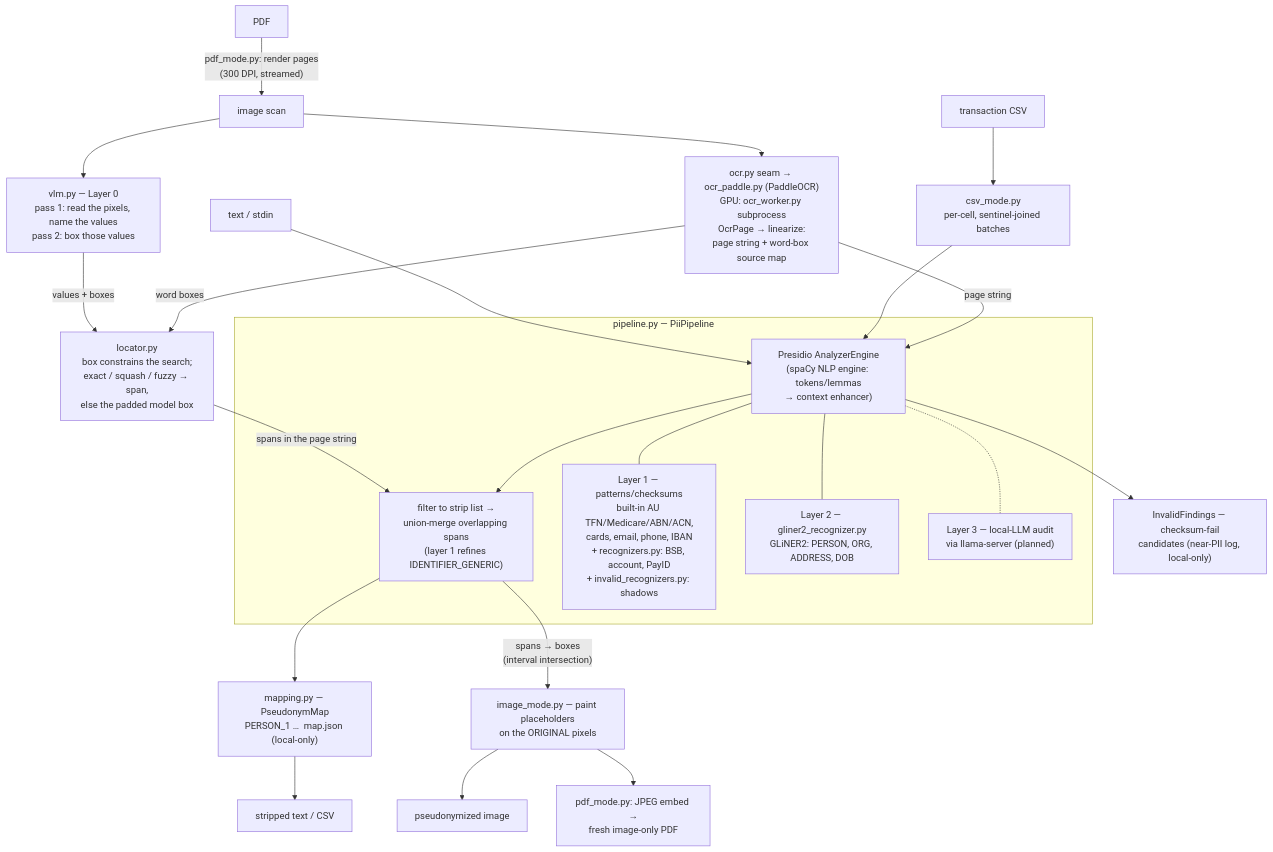
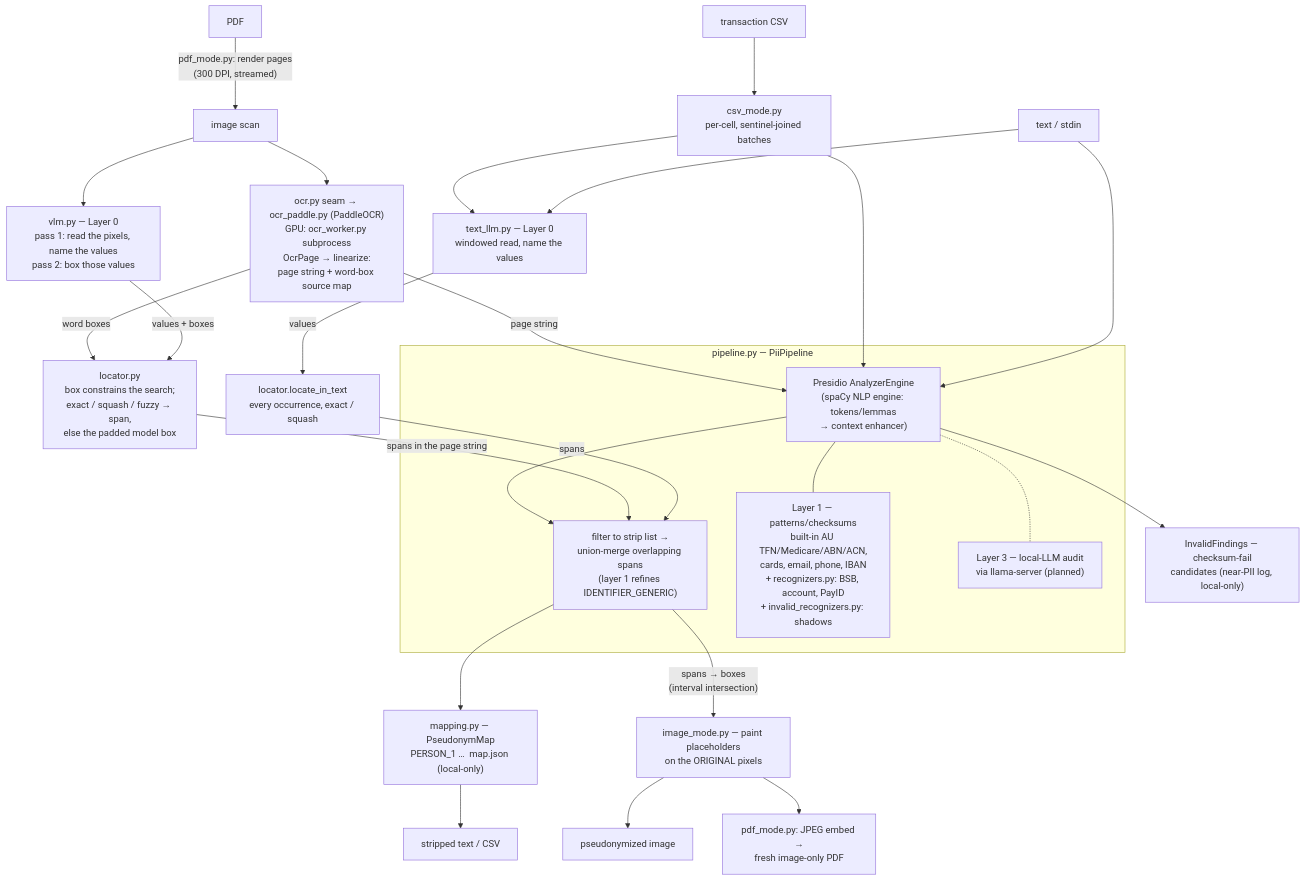
The diagram in pii/core/ARCHITECTURE.md (skoulik/BrokerAI), drawn with Mermaid before and after one commit. The commit also changed other lines of this file and 44 other files, not shown here.

First line of the commit message:
pii/core: retire GLiNER2, replace it with a text-modality layer 0

````diff
--- a/pii/core/ARCHITECTURE.md
+++ b/pii/core/ARCHITECTURE.md
@@ -62,38 +63,40 @@
 ```mermaid
 flowchart TB
     TXT["text / stdin"]
     CSV["transaction CSV"]
     IMG["image scan"]
     PDF["PDF"]
 
     PDF -- "pdf_mode.py: render pages<br>(300 DPI, streamed)" --> IMG
     IMG --> VLM["vlm.py — Layer 0<br>pass 1: read the pixels, name the values<br>pass 2: box those values"]
     IMG --> OCRPY["ocr.py seam → ocr_paddle.py (PaddleOCR)<br>GPU: ocr_worker.py subprocess<br>OcrPage → linearize:<br>page string + word-box source map"]
     CSV --> CSVM["csv_mode.py<br>per-cell, sentinel-joined batches"]
 
+    TXT --> TLLM["text_llm.py — Layer 0<br>windowed read, name the values"]
+    CSVM --> TLLM
+    TLLM -- "values" --> TLOC["locator.locate_in_text<br>every occurrence, exact / squash"]
+    TLOC -- "spans" --> MRG
     TXT --> AE
     CSVM --> AE
     OCRPY -- "page string" --> AE
     VLM -- "values + boxes" --> LOC["locator.py<br>box constrains the search;<br>exact / squash / fuzzy → span,<br>else the padded model box"]
     OCRPY -- "word boxes" --> LOC
     LOC -- "spans in the page string" --> MRG
 
     subgraph PIPE["pipeline.py — PiiPipeline"]
         AE["Presidio AnalyzerEngine<br>(spaCy NLP engine: tokens/lemmas<br>→ context enhancer)"]
         L1["Layer 1 — patterns/checksums<br>built-in AU TFN/Medicare/ABN/ACN,<br>cards, email, phone, IBAN<br>+ recognizers.py: BSB, account, PayID<br>+ invalid_recognizers.py: shadows"]
-        L2["Layer 2 — gliner2_recognizer.py<br>GLiNER2: PERSON, ORG, ADDRESS, DOB"]
         L3["Layer 3 — local-LLM audit<br>via llama-server (planned)"]
         MRG["filter to strip list →<br>union-merge overlapping spans<br>(layer 1 refines IDENTIFIER_GENERIC)"]
         AE --- L1
-        AE --- L2
         AE -.- L3
         AE --> MRG
     end
 
     MRG --> PM["mapping.py — PseudonymMap<br>PERSON_1 …  map.json (local-only)"]
     AE --> INV["InvalidFindings — checksum-fail<br>candidates (near-PII log, local-only)"]
     PM --> OUT1["stripped text / CSV"]
     MRG -- "spans → boxes<br>(interval intersection)" --> PAINT["image_mode.py — paint placeholders<br>on the ORIGINAL pixels"]
     PAINT --> OUT2["pseudonymized image"]
     PAINT --> OUT3["pdf_mode.py: JPEG embed →<br>fresh image-only PDF"]
 ```
````
